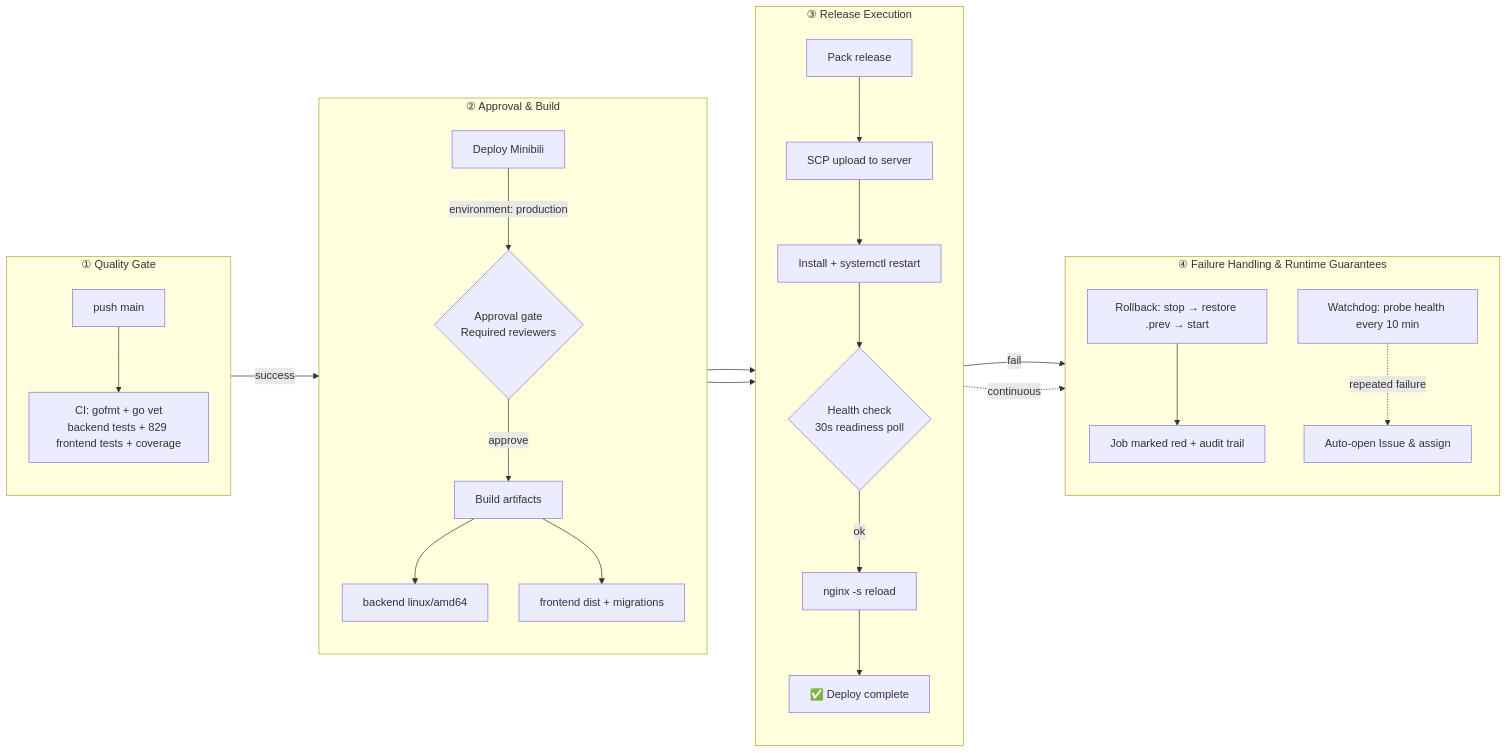
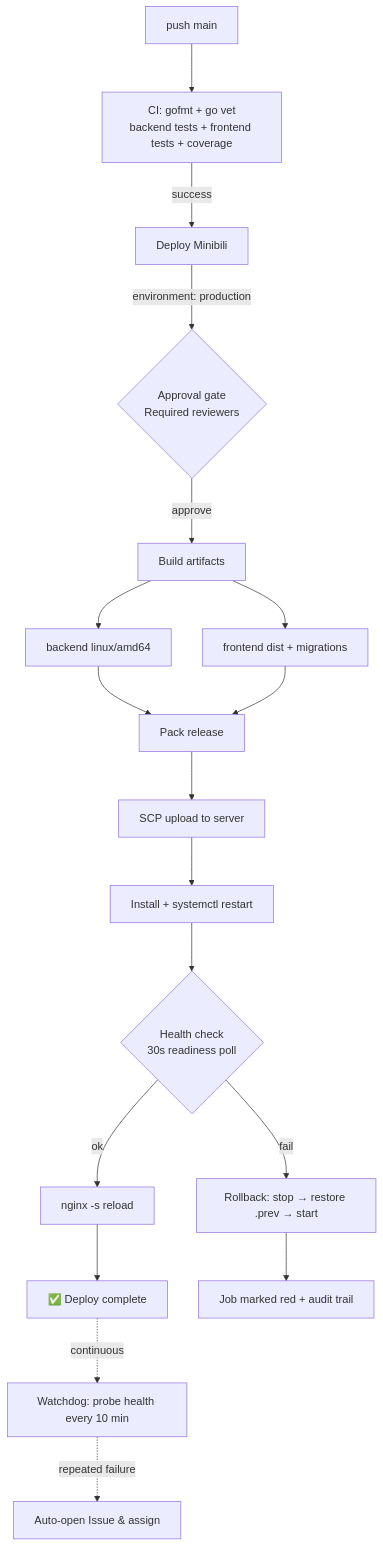
The diagram in docs/DEPLOYMENT-PIPELINE_EN.md (earthcake2233/cakecake), drawn with Mermaid before and after one commit. The commit also changed other lines of this file and 5 other files, not shown here.

First line of the commit message:
docs: stop hardcoding test statistics (R-DOC-19); fix diagram wording

````diff
--- a/docs/DEPLOYMENT-PIPELINE_EN.md
+++ b/docs/DEPLOYMENT-PIPELINE_EN.md
@@ -11,31 +11,21 @@
 ```mermaid
 %%{init: {"flowchart": {"nodeSpacing": 45, "rankSpacing": 70}}}%%
-flowchart LR
-    subgraph S1["① Quality Gate"]
-        direction TB
-        Push["push main"] --> CI["CI: gofmt + go vet<br/>backend tests + 829 frontend tests + coverage"]
-    end
-    subgraph S2["② Approval & Build"]
-        direction TB
-        CI -- "success" --> Deploy["Deploy Minibili"]
-        Deploy -->|"environment: production"| Approve{"Approval gate<br/>Required reviewers"}
-        Approve -- "approve" --> Build["Build artifacts"]
-        Build --> BE["backend linux/amd64"]
-        Build --> FE["frontend dist + migrations"]
-    end
-    subgraph S3["③ Release Execution"]
-        direction TB
-        BE & FE --> Pack["Pack release"]
-        Pack --> Upload["SCP upload to server"]
-        Upload --> Install["Install + systemctl restart"]
-        Install --> Health{"Health check<br/>30s readiness poll"}
-        Health -- "ok" --> Reload["nginx -s reload"] --> Done["✅ Deploy complete"]
-    end
-    subgraph S4["④ Failure Handling & Runtime Guarantees"]
-        direction TB
-        Health -- "fail" --> Rollback["Rollback: stop → restore .prev → start"]
-        Rollback --> Alert["Job marked red + audit trail"]
-        Monitor["Watchdog: probe health every 10 min"] -.->|"repeated failure"| Issue["Auto-open Issue & assign"]
-    end
-    Done -. "continuous" .-> Monitor
+flowchart TB
+    Push["push main"] --> CI["CI: gofmt + go vet<br/>backend tests + frontend tests + coverage"]
+    CI -- "success" --> Deploy["Deploy Minibili"]
+    Deploy -->|"environment: production"| Approve{"Approval gate<br/>Required reviewers"}
+    Approve -- "approve" --> Build["Build artifacts"]
+    Build --> BE["backend linux/amd64"]
+    Build --> FE["frontend dist + migrations"]
+    BE & FE --> Pack["Pack release"]
+    Pack --> Upload["SCP upload to server"]
+    Upload --> Install["Install + systemctl restart"]
+    Install --> Health{"Health check<br/>30s readiness poll"}
+    Health -- "ok" --> Reload["nginx -s reload"]
+    Reload --> Done["✅ Deploy complete"]
+    Health -- "fail" --> Rollback["Rollback: stop → restore .prev → start"]
+    Rollback --> Alert["Job marked red + audit trail"]
+    Monitor["Watchdog: probe health every 10 min"]
+    Monitor -.->|"repeated failure"| Issue["Auto-open Issue & assign"]
+    Done -.->|"continuous"| Monitor
 ```
````
